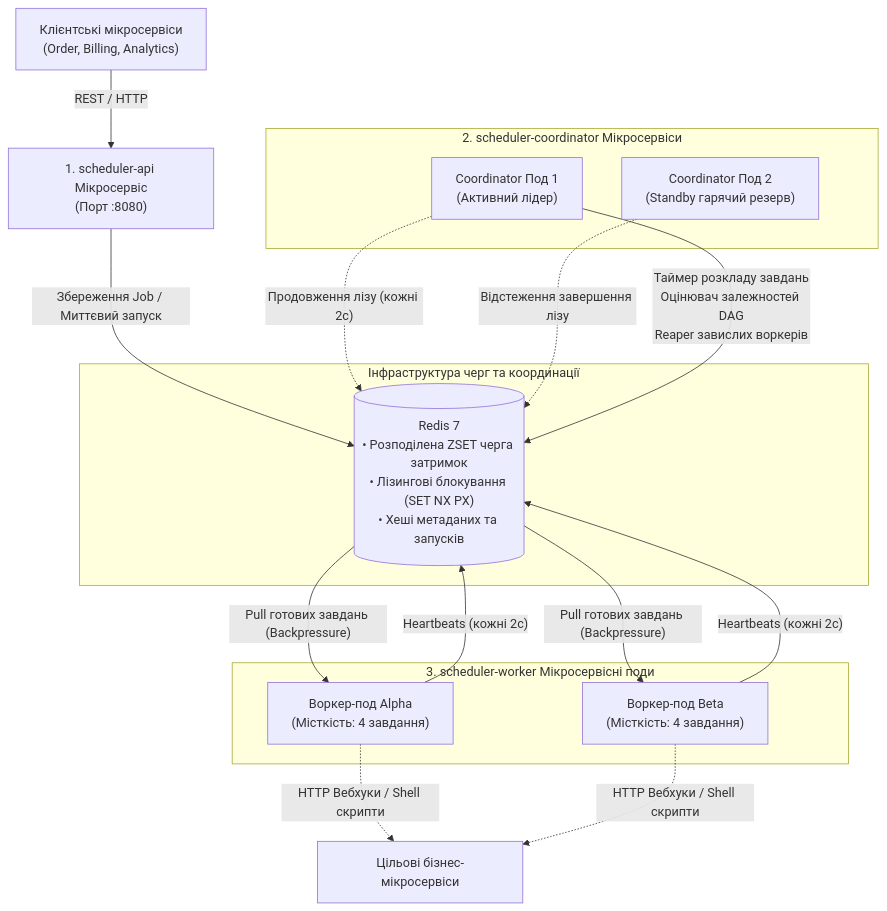
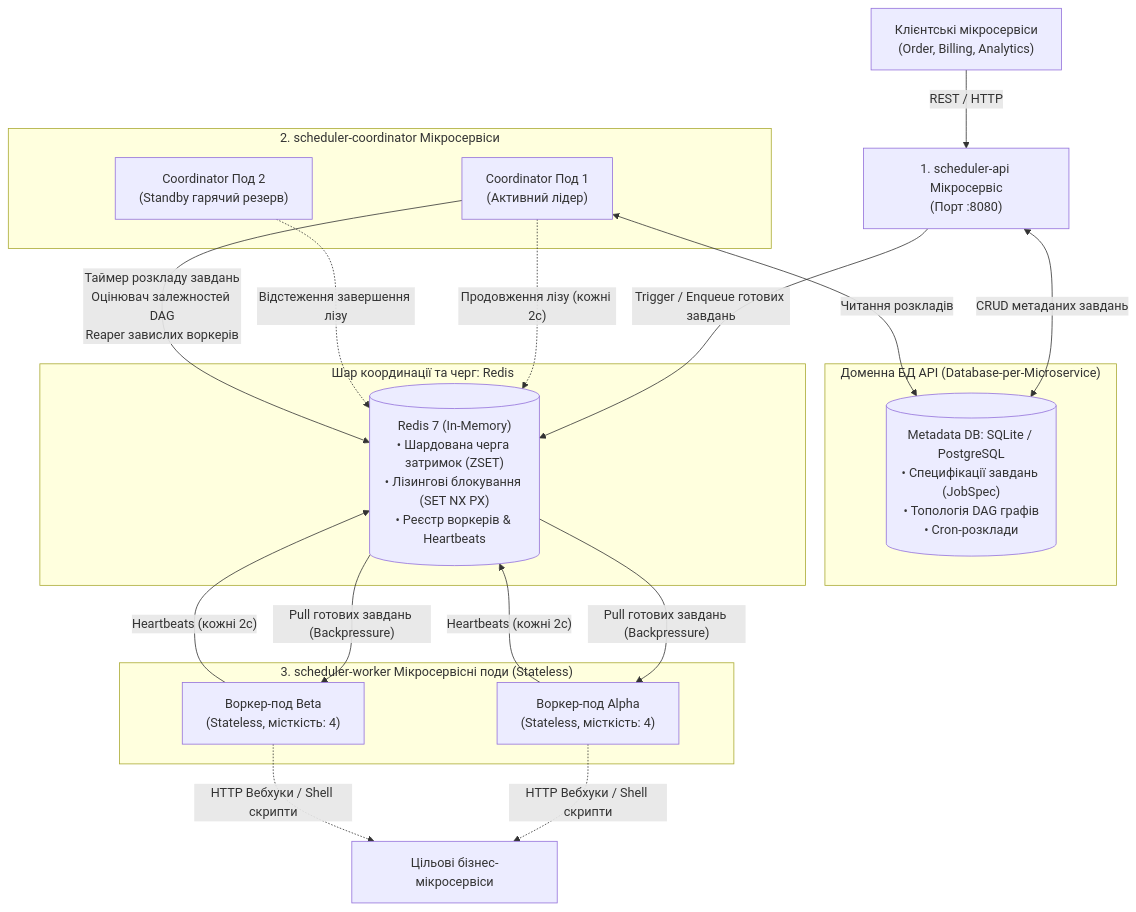
The first of 4 diagrams in README.md (tarashor/job-scheduler), drawn with Mermaid before and after one commit. The commit also changed other lines of this file, not shown here.

Commit message:
docs: update README with Database-per-Microservice architecture, stateless workers, and test suite

````diff
--- a/README.md
+++ b/README.md
@@ -47,33 +47,39 @@
 ```mermaid
 flowchart TD
     ClientSvc["Клієнтські мікросервіси<br/>(Order, Billing, Analytics)"] -->|"REST / HTTP"| API["1. scheduler-api Мікросервіс<br/>(Порт :8080)"]
     
-    subgraph StorageLayer ["Інфраструктура черг та координації"]
-        Redis[("Redis 7<br/>• Розподілена ZSET черга затримок<br/>• Лізингові блокування (SET NX PX)<br/>• Хеші метаданих та запусків")]
+    subgraph APIDatabase ["Доменна БД API (Database-per-Microservice)"]
+        MetaDB[("Metadata DB: SQLite / PostgreSQL<br/>• Специфікації завдань (JobSpec)<br/>• Топологія DAG графів<br/>• Cron-розклади")]
+    end
+    API <-->|"CRUD метаданих завдань"| MetaDB
+
+    subgraph StorageLayer ["Шар координації та черг: Redis"]
+        Redis[("Redis 7 (In-Memory)<br/>• Шардована черга затримок (ZSET)<br/>• Лізингові блокування (SET NX PX)<br/>• Реєстр воркерів & Heartbeats")]
     end
 
-    API -->|"Збереження Job / Миттєвий запуск"| Redis
+    API -->|"Trigger / Enqueue готових завдань"| Redis
 
     subgraph CoordinatorPods ["2. scheduler-coordinator Мікросервіси"]
         C1["Coordinator Под 1<br/>(Активний лідер)"]
         C2["Coordinator Под 2<br/>(Standby гарячий резерв)"]
         C1 -.->|"Продовження лізу (кожні 2с)"| Redis
         C2 -.->|"Відстеження завершення лізу"| Redis
     end
 
+    C1 <-->|"Читання розкладів"| MetaDB
     C1 -- "Таймер розкладу завдань<br/>Оцінювач залежностей DAG<br/>Reaper завислих воркерів" --> Redis
 
-    subgraph WorkerPool ["3. scheduler-worker Мікросервісні поди"]
-        W1["Воркер-под Alpha<br/>(Місткість: 4 завдання)"]
-        W2["Воркер-под Beta<br/>(Місткість: 4 завдання)"]
+    subgraph WorkerPool ["3. scheduler-worker Мікросервісні поди (Stateless)"]
+        W1["Воркер-под Alpha<br/>(Stateless, місткість: 4)"]
+        W2["Воркер-под Beta<br/>(Stateless, місткість: 4)"]
     end
 
     Redis -- "Pull готових завдань (Backpressure)" --> W1
     Redis -- "Pull готових завдань (Backpressure)" --> W2
 
     W1 -- "Heartbeats (кожні 2с)" --> Redis
     W2 -- "Heartbeats (кожні 2с)" --> Redis
 
     W1 -.->|"HTTP Вебхуки / Shell скрипти"| TargetSvc["Цільові бізнес-мікросервіси"]
     W2 -.->|"HTTP Вебхуки / Shell скрипти"| TargetSvc
 ```
````
